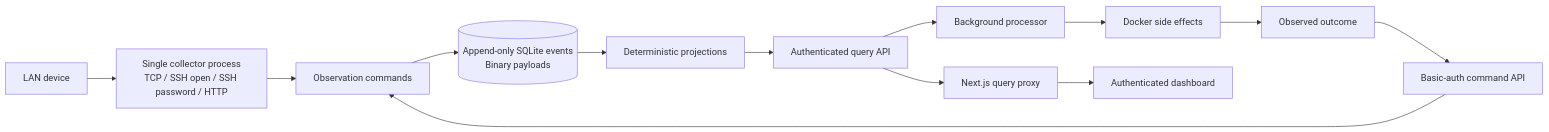
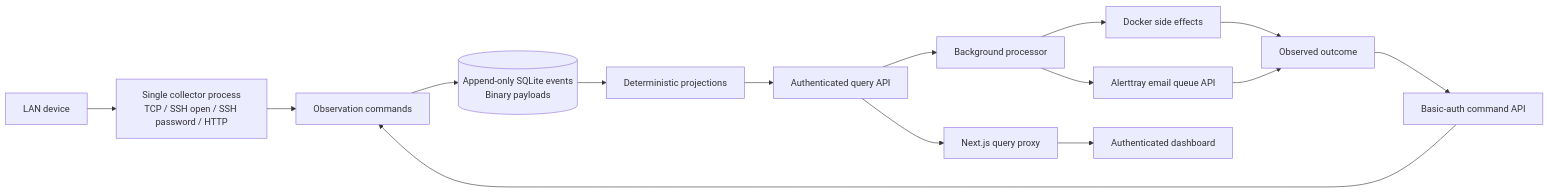
The first of 3 diagrams in docs/event-model.md (8exgh/lan-telemetry), drawn with Mermaid before and after one commit. The commit also changed other lines of this file and 13 other files, not shown here.

````diff
--- a/docs/event-model.md
+++ b/docs/event-model.md
@@ -5,15 +5,17 @@
 ```mermaid
 flowchart LR
     Device[LAN device] --> Adapters["Single collector process<br/>TCP / SSH open / SSH password / HTTP"]
     Adapters --> Commands[Observation commands]
     API[Basic-auth command API] --> Commands
     Commands --> Store[("Append-only SQLite events<br/>Binary payloads")]
     Store --> Project[Deterministic projections]
     Project --> Queries[Authenticated query API]
     Queries --> Worker[Background processor]
     Worker --> Docker[Docker side effects]
+    Worker --> Alerttray[Alerttray email queue API]
     Docker --> Result[Observed outcome]
+    Alerttray --> Result
     Result --> API
     Queries --> Next[Next.js query proxy]
     Next --> Admin[Authenticated dashboard]
 ```
````
